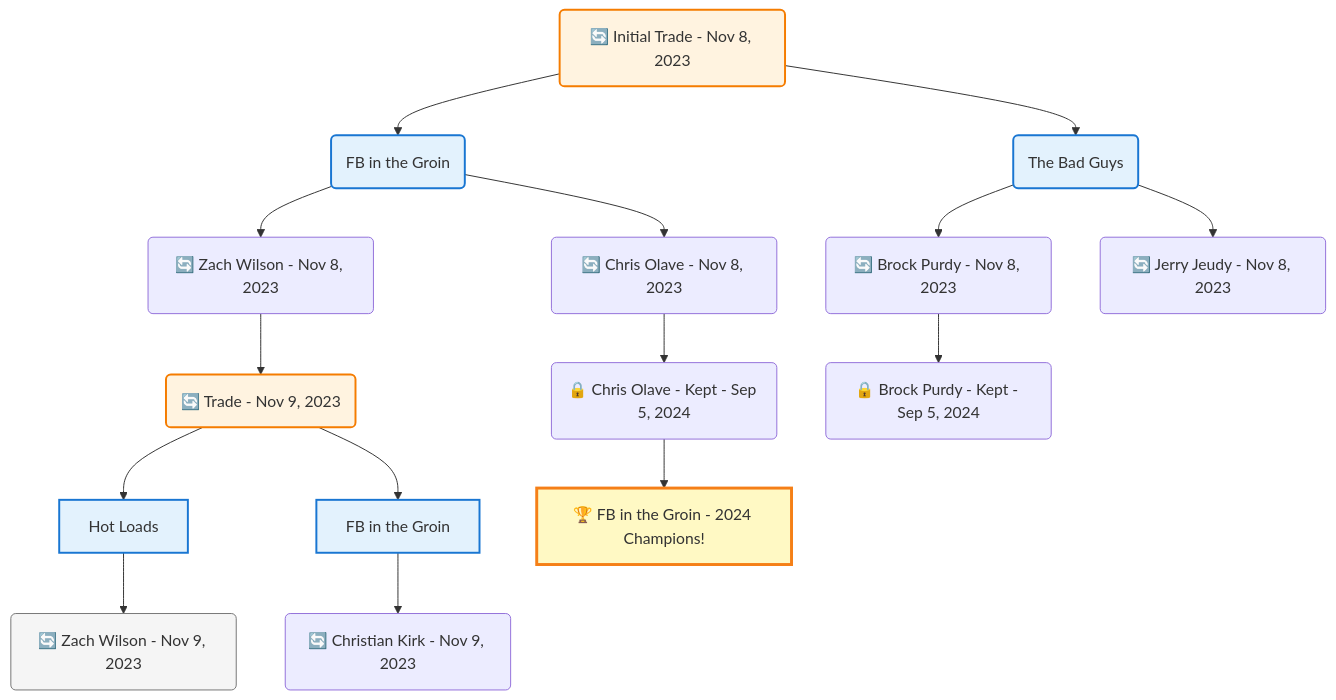
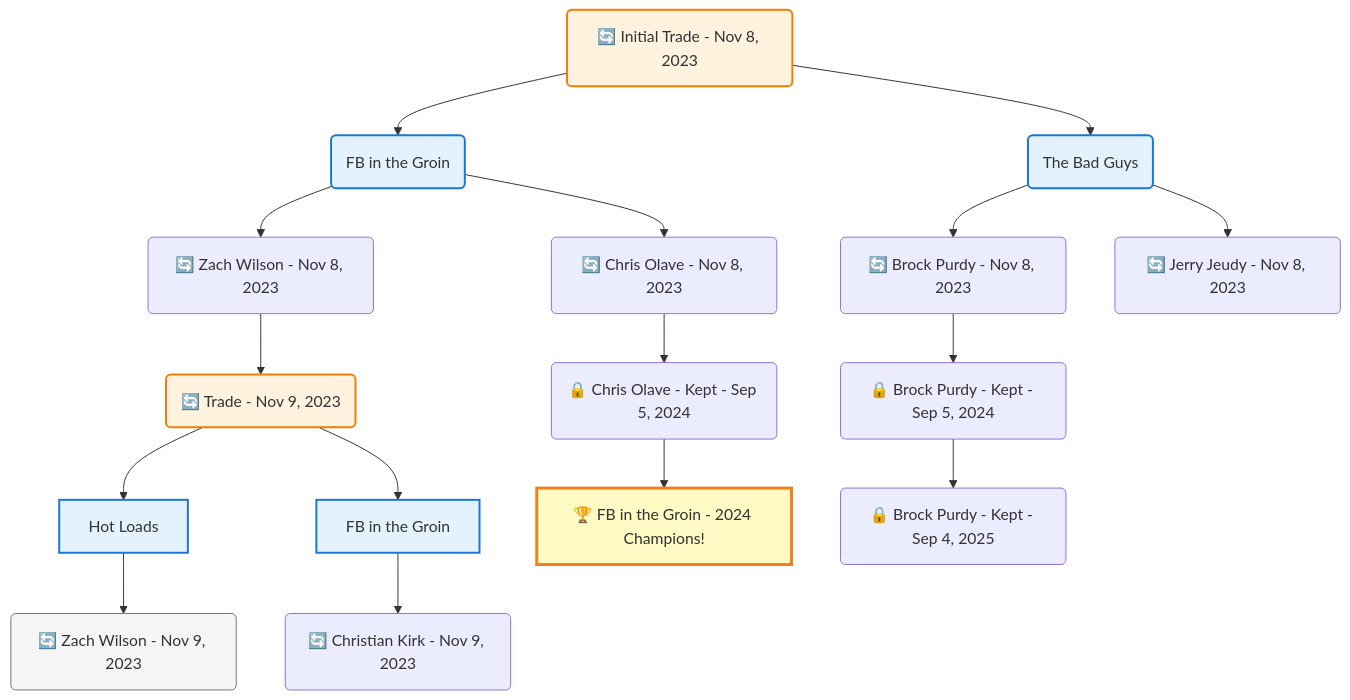
The diagram in frontend/public/data/trade-trees/mermaid/ac48007c-bb8e-46e7-a9c7-f232e3286c8c.mmd (bsnooks/FantasyArchive), drawn with Mermaid before and after one commit. The commit also changed 76 other files, not shown here.

```diff
--- a/frontend/public/data/trade-trees/mermaid/ac48007c-bb8e-46e7-a9c7-f232e3286c8c.mmd
+++ b/frontend/public/data/trade-trees/mermaid/ac48007c-bb8e-46e7-a9c7-f232e3286c8c.mmd
@@ -1,46 +1,48 @@
 flowchart TD
 
     TRADE_MAIN("🔄 Initial Trade - Nov 8, 2023")
     TEAM_1("FB in the Groin")
     TEAM_2("The Bad Guys")
     NODE_0a1485a5-a2d9-4007-b6af-215ab4a0b28f("🔄 Zach Wilson - Nov 8, 2023")
     TRADE_0c0375a0-ef49-4d11-9812-317bc4fb1091_3("🔄 Trade - Nov 9, 2023")
     TEAM_8e9f18ff-62c3-40e8-bb10-32f74cf4ee33_4["Hot Loads"]
     NODE_aa6fa53b-2c3b-49cd-9a88-8262c6d3d066("🔄 Zach Wilson - Nov 9, 2023")
     TEAM_f483ecf1-cd17-4991-854b-e52dfc957b45_5["FB in the Groin"]
     NODE_621119b5-adbd-4b97-9982-7deb216982ea("🔄 Christian Kirk - Nov 9, 2023")
     NODE_81308adc-8bb6-43fe-a3e0-8f5a18ab76b4("🔄 Brock Purdy - Nov 8, 2023")
     NODE_c8009533-1d69-4df2-aecc-3a409fa78941("🔒 Brock Purdy - Kept - Sep 5, 2024")
+    NODE_62478710-82e6-43a2-ab34-2821f196d97c("🔒 Brock Purdy - Kept - Sep 4, 2025")
     NODE_64133a3e-5b41-41a4-9a1e-97f6cc6de114("🔄 Jerry Jeudy - Nov 8, 2023")
     NODE_c8b8b145-a006-44e6-9a8a-b8546978fe55("🔄 Chris Olave - Nov 8, 2023")
     NODE_d49c1611-d3f5-45aa-9146-b0170aa38bb3("🔒 Chris Olave - Kept - Sep 5, 2024")
     CHAMP_f483ecf1-cd17-4991-854b-e52dfc957b45_2024["🏆 FB in the Groin - 2024 Champions!"]
 
     TRADE_MAIN --> TEAM_1
     TRADE_MAIN --> TEAM_2
     TEAM_1 --> NODE_0a1485a5-a2d9-4007-b6af-215ab4a0b28f
     NODE_0a1485a5-a2d9-4007-b6af-215ab4a0b28f --> TRADE_0c0375a0-ef49-4d11-9812-317bc4fb1091_3
     TRADE_0c0375a0-ef49-4d11-9812-317bc4fb1091_3 --> TEAM_8e9f18ff-62c3-40e8-bb10-32f74cf4ee33_4
     TEAM_8e9f18ff-62c3-40e8-bb10-32f74cf4ee33_4 --> NODE_aa6fa53b-2c3b-49cd-9a88-8262c6d3d066
     TRADE_0c0375a0-ef49-4d11-9812-317bc4fb1091_3 --> TEAM_f483ecf1-cd17-4991-854b-e52dfc957b45_5
     TEAM_f483ecf1-cd17-4991-854b-e52dfc957b45_5 --> NODE_621119b5-adbd-4b97-9982-7deb216982ea
     TEAM_2 --> NODE_81308adc-8bb6-43fe-a3e0-8f5a18ab76b4
     NODE_81308adc-8bb6-43fe-a3e0-8f5a18ab76b4 --> NODE_c8009533-1d69-4df2-aecc-3a409fa78941
+    NODE_c8009533-1d69-4df2-aecc-3a409fa78941 --> NODE_62478710-82e6-43a2-ab34-2821f196d97c
     TEAM_2 --> NODE_64133a3e-5b41-41a4-9a1e-97f6cc6de114
     TEAM_1 --> NODE_c8b8b145-a006-44e6-9a8a-b8546978fe55
     NODE_c8b8b145-a006-44e6-9a8a-b8546978fe55 --> NODE_d49c1611-d3f5-45aa-9146-b0170aa38bb3
     NODE_d49c1611-d3f5-45aa-9146-b0170aa38bb3 --> CHAMP_f483ecf1-cd17-4991-854b-e52dfc957b45_2024
 
     %% Node styling
     classDef teamNode fill:#e3f2fd,stroke:#1976d2,stroke-width:2px
     classDef tradeNode fill:#fff3e0,stroke:#f57c00,stroke-width:2px
     classDef playerNode fill:#f3e5f5,stroke:#7b1fa2,stroke-width:1px
     classDef nonRootPlayerNode fill:#f5f5f5,stroke:#757575,stroke-width:1px
     classDef endNode fill:#ffebee,stroke:#c62828,stroke-width:2px
     classDef waiverNode fill:#e8f5e8,stroke:#388e3c,stroke-width:2px
     classDef championshipNode fill:#fff9c4,stroke:#f57f17,stroke-width:3px
 
     class TEAM_1,TEAM_2,TEAM_8e9f18ff-62c3-40e8-bb10-32f74cf4ee33_4,TEAM_f483ecf1-cd17-4991-854b-e52dfc957b45_5 teamNode
     class CHAMP_f483ecf1-cd17-4991-854b-e52dfc957b45_2024 championshipNode
     class NODE_aa6fa53b-2c3b-49cd-9a88-8262c6d3d066 nonRootPlayerNode
     class TRADE_MAIN,TRADE_0c0375a0-ef49-4d11-9812-317bc4fb1091_3 tradeNode
```
